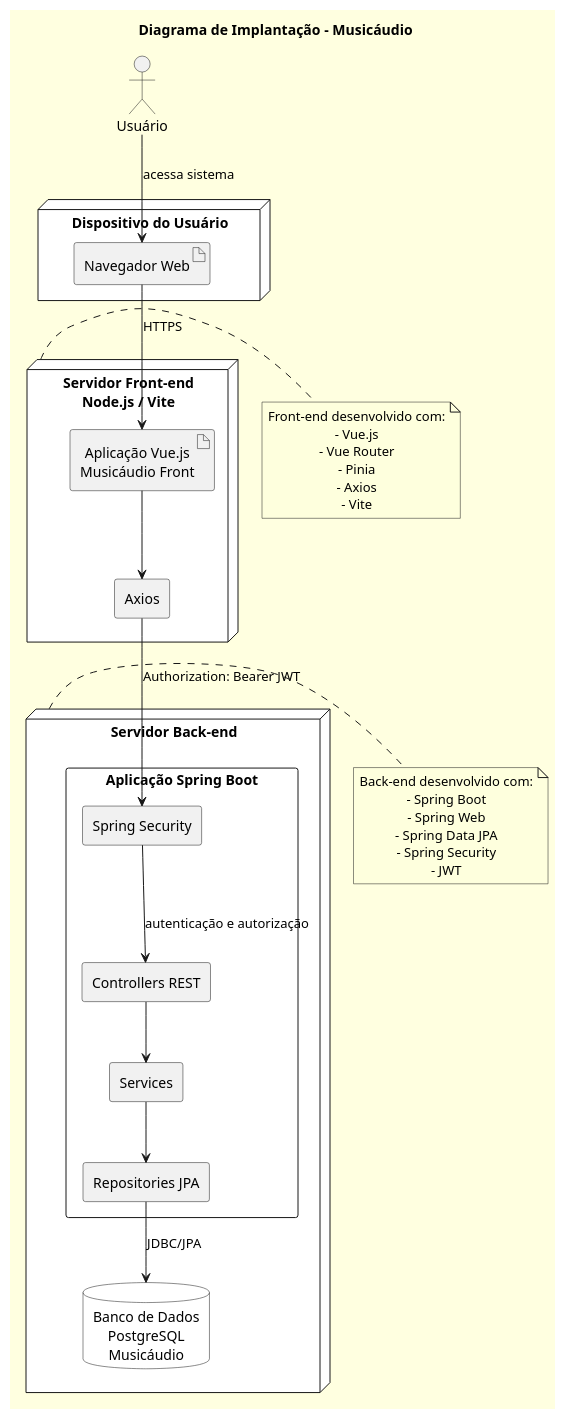
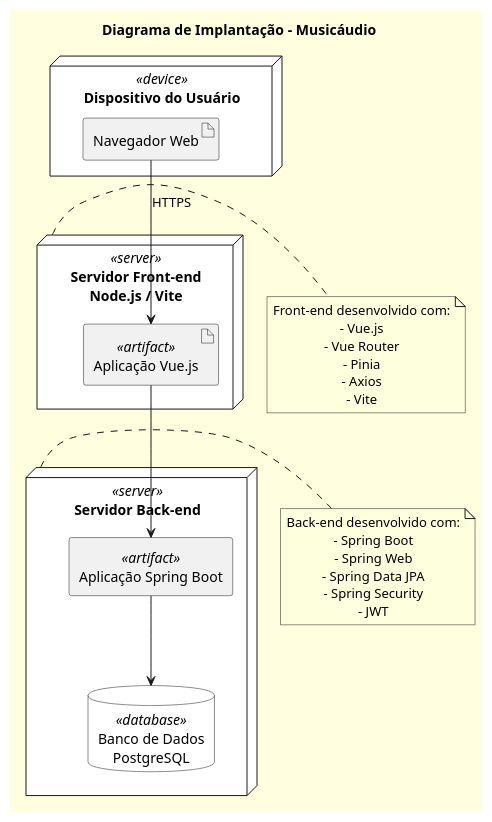
Before and after one commit to JorgeSkraba/Musicaudio_UML: the diagram in Implantação.puml, drawn with PlantUML. The commit also changed 6 other files, not shown here.

Commit message:
adição dos diagramas de sequência para Gerenciar Aula e Gerenciar Material, modificação no diagrama de Estado

```diff
--- a/Implantação.puml
+++ b/Implantação.puml
@@ -1,64 +1,48 @@
 @startuml
 title Diagrama de Implantação - Musicáudio
 
 skinparam backgroundColor lightyellow
 skinparam componentStyle rectangle
 skinparam DefaultTextAlignment center
 
-actor "Usuário" as usuario
-
-node "Dispositivo do Usuário" #white {
-  artifact "Navegador Web" as browser
+node "Dispositivo do Usuário" <<device>> #white {
+  artifact "Navegador Web" as browser 
 }
 
-node "Servidor Front-end\nNode.js / Vite" as frontend #white {
-  artifact "Aplicação Vue.js\nMusicáudio Front" as vue
-  component "Axios" as axios
+node "Servidor Front-end\nNode.js / Vite" as frontend <<server>> #white {
+  artifact "Aplicação Vue.js" as vue <<artifact>>
 }
 
-node "Servidor Back-end" as backend #white {
+node "Servidor Back-end" as backend <<server>> #white {
 
- component "Aplicação Spring Boot" as spring {
+ component "Aplicação Spring Boot" as spring <<artifact>>
 
-  component "Controllers REST" as controllers
-  component "Spring Security" as security
-  component "Services" as services
-  component "Repositories JPA" as repositories
- }
-
-  database "Banco de Dados\nPostgreSQL\nMusicáudio" as postgres #white 
+  database "Banco de Dados\nPostgreSQL" as postgres <<database>> #white 
 }
 
-
-
-usuario --> browser : acessa sistema
 browser --> vue : HTTPS
 
-vue --> axios
+vue --> spring
 
-axios --> security : Authorization: Bearer JWT
-security --> controllers : autenticação e autorização
-controllers --> services
-services --> repositories
-repositories --> postgres : JDBC/JPA
+spring --> postgres
 
 
 note right of frontend
 Front-end desenvolvido com:
 - Vue.js
 - Vue Router
 - Pinia
 - Axios
 - Vite
 end note
 
 note right of backend
 Back-end desenvolvido com:
 - Spring Boot
 - Spring Web
 - Spring Data JPA
 - Spring Security
 - JWT
 end note
 
 @enduml
```
